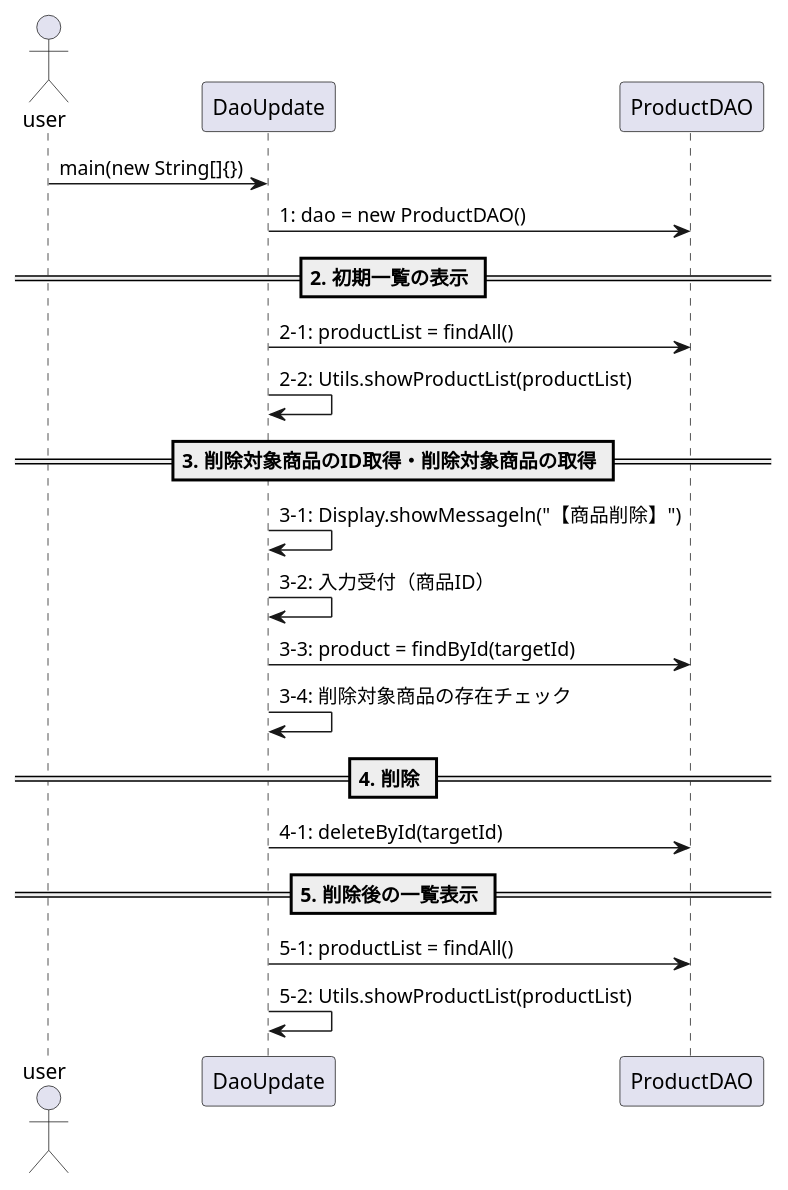
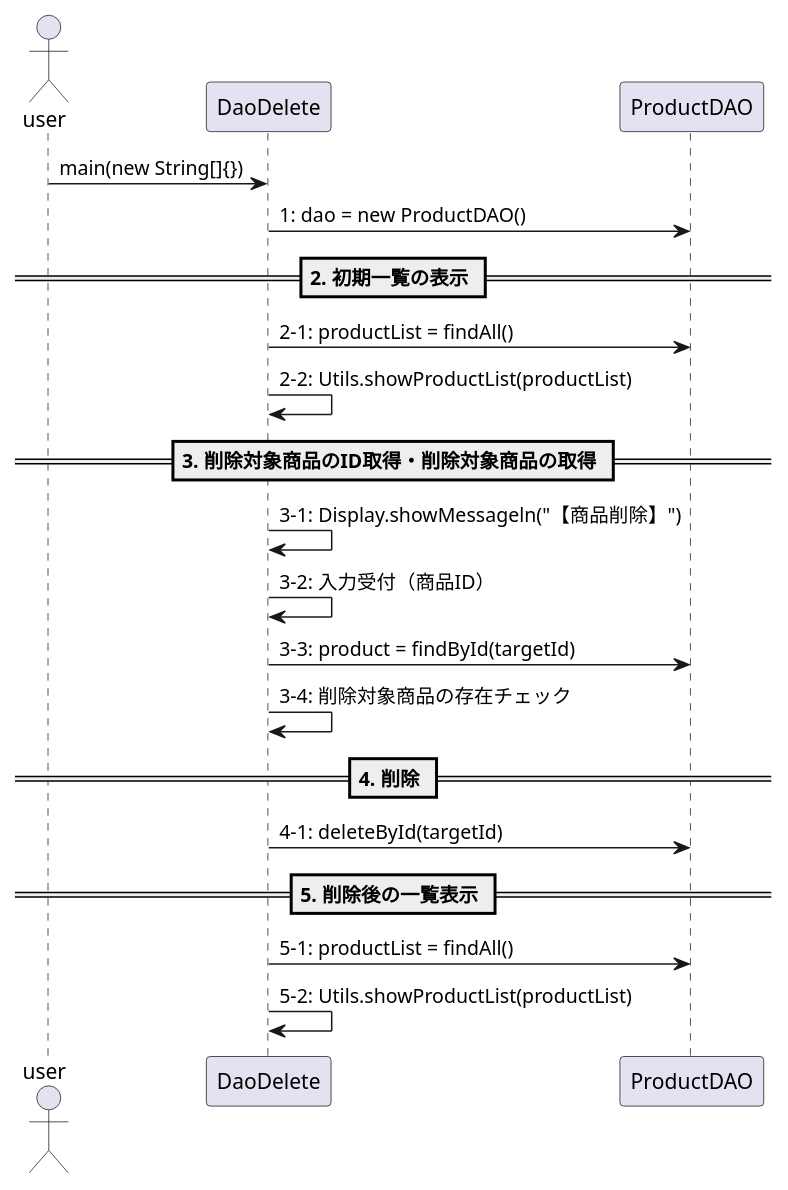
The diagram in docs/tutorials/dao/puml/productdao_delete_seq.puml (612-teacher001/jbasic-dao-demo), drawn with PlantUML before and after one commit. The commit also changed 2 other files, not shown here.

```diff
--- a/docs/tutorials/dao/puml/productdao_delete_seq.puml
+++ b/docs/tutorials/dao/puml/productdao_delete_seq.puml
@@ -1,25 +1,25 @@
 @startuml productdao_seq
 
 actor user
-user -> DaoUpdate: main(new String[]{})
+user -> DaoDelete: main(new String[]{})
 
-DaoUpdate -> ProductDAO: 1: dao = new ProductDAO()
+DaoDelete -> ProductDAO: 1: dao = new ProductDAO()
 
 == 2. 初期一覧の表示 ==
-DaoUpdate -> ProductDAO: 2-1: productList = findAll()
-DaoUpdate -> DaoUpdate:  2-2: Utils.showProductList(productList)
+DaoDelete -> ProductDAO: 2-1: productList = findAll()
+DaoDelete -> DaoDelete:  2-2: Utils.showProductList(productList)
 
 == 3. 削除対象商品のID取得・削除対象商品の取得 ==
-DaoUpdate -> DaoUpdate:  3-1: Display.showMessageln("【商品削除】")
-DaoUpdate -> DaoUpdate:  3-2: 入力受付（商品ID）
-DaoUpdate -> ProductDAO: 3-3: product = findById(targetId)
-DaoUpdate -> DaoUpdate:  3-4: 削除対象商品の存在チェック
+DaoDelete -> DaoDelete:  3-1: Display.showMessageln("【商品削除】")
+DaoDelete -> DaoDelete:  3-2: 入力受付（商品ID）
+DaoDelete -> ProductDAO: 3-3: product = findById(targetId)
+DaoDelete -> DaoDelete:  3-4: 削除対象商品の存在チェック
 
 == 4. 削除 ==
-DaoUpdate -> ProductDAO: 4-1: deleteById(targetId)
+DaoDelete -> ProductDAO: 4-1: deleteById(targetId)
 
 == 5. 削除後の一覧表示 ==
-DaoUpdate -> ProductDAO: 5-1: productList = findAll()
-DaoUpdate -> DaoUpdate:  5-2: Utils.showProductList(productList)
+DaoDelete -> ProductDAO: 5-1: productList = findAll()
+DaoDelete -> DaoDelete:  5-2: Utils.showProductList(productList)
 
 @enduml
```
